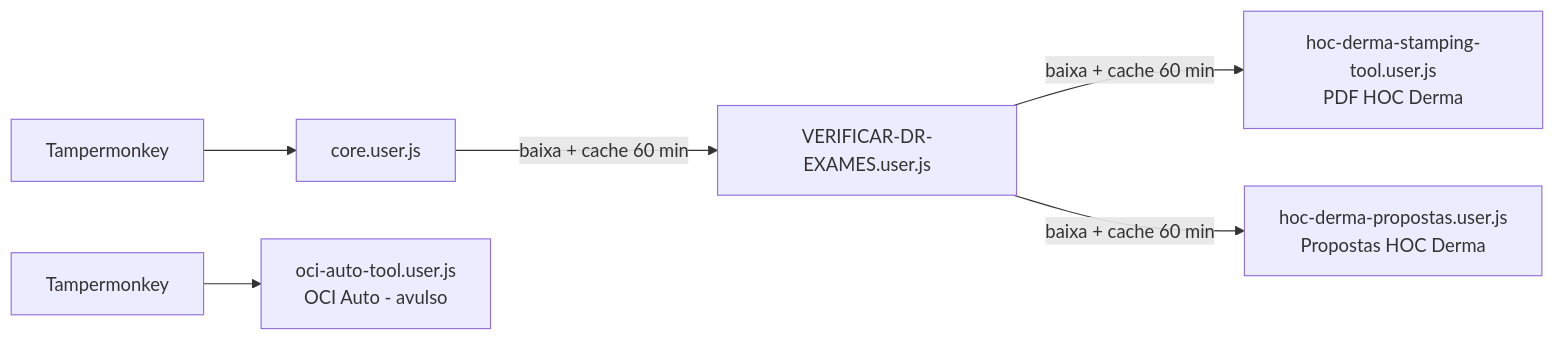
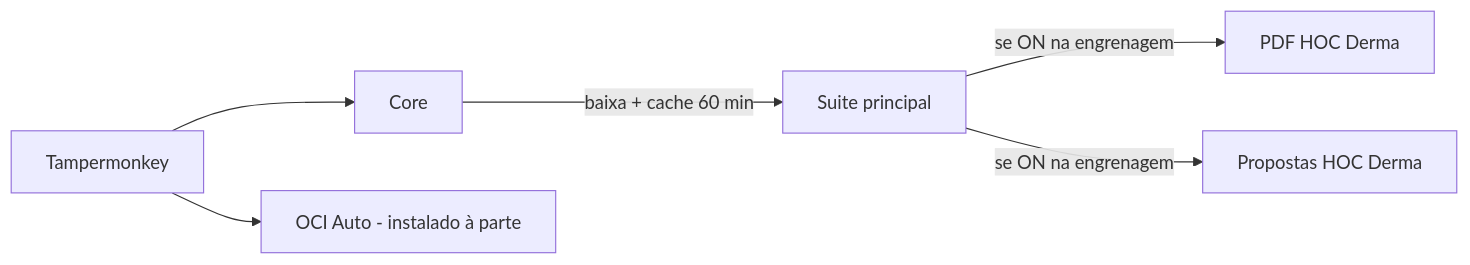
Before and after one commit to Nicker2/Feegow-Enhanced-Suite: the diagram in README.md, drawn with Mermaid. The commit also changed other lines of this file and 3 other files, not shown here.

````diff
--- a/README.md
+++ b/README.md
@@ -89,8 +55,8 @@
 ```mermaid
 flowchart LR
-    TM[Tampermonkey] --> CORE[core.user.js]
-    CORE -- baixa + cache 60 min --> VER[VERIFICAR-DR-EXAMES.user.js]
-    VER -- baixa + cache 60 min --> PDF[hoc-derma-stamping-tool.user.js<br/>PDF HOC Derma]
-    VER -- baixa + cache 60 min --> PROP[hoc-derma-propostas.user.js<br/>Propostas HOC Derma]
-    TM2[Tampermonkey] --> OCI[oci-auto-tool.user.js<br/>OCI Auto - avulso]
+    TM[Tampermonkey] --> CORE[Core]
+    CORE -- baixa + cache 60 min --> SUITE[Suite principal]
+    SUITE -- se ON na engrenagem --> PDF[PDF HOC Derma]
+    SUITE -- se ON na engrenagem --> PROP[Propostas HOC Derma]
+    TM --> OCI[OCI Auto - instalado à parte]
 ```
````
